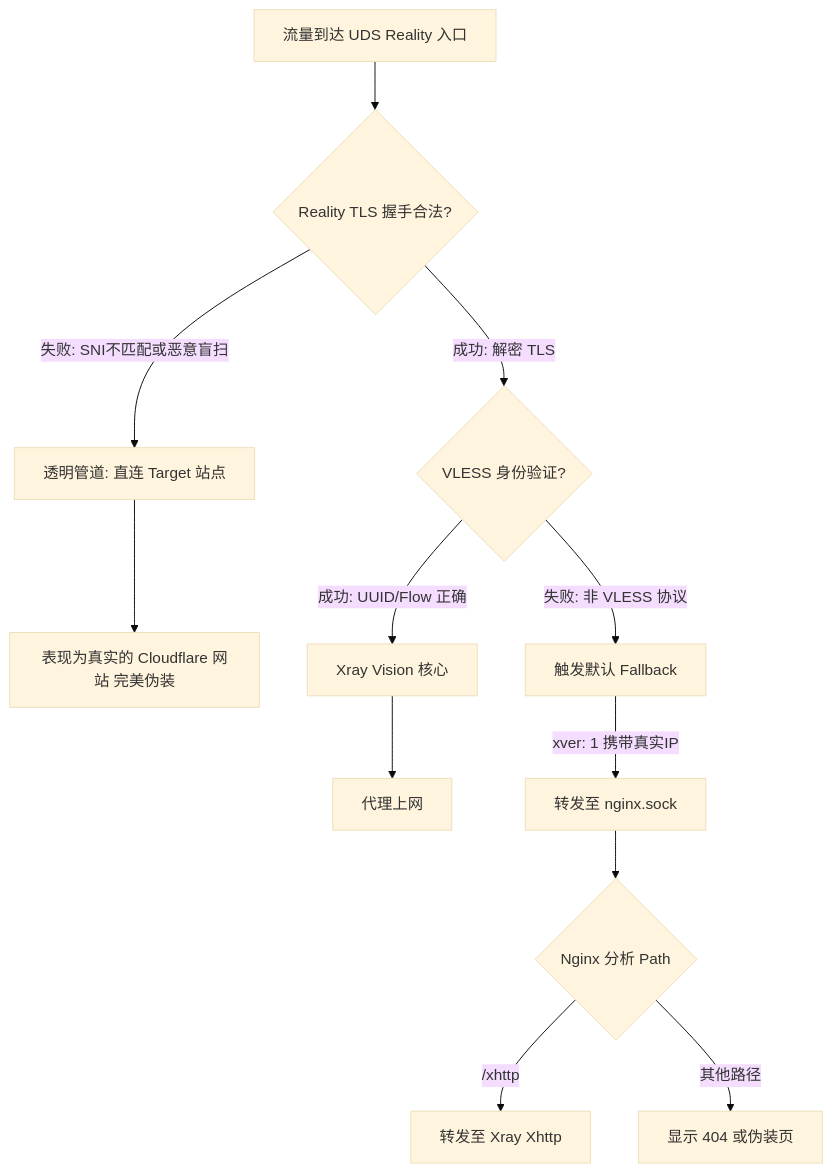
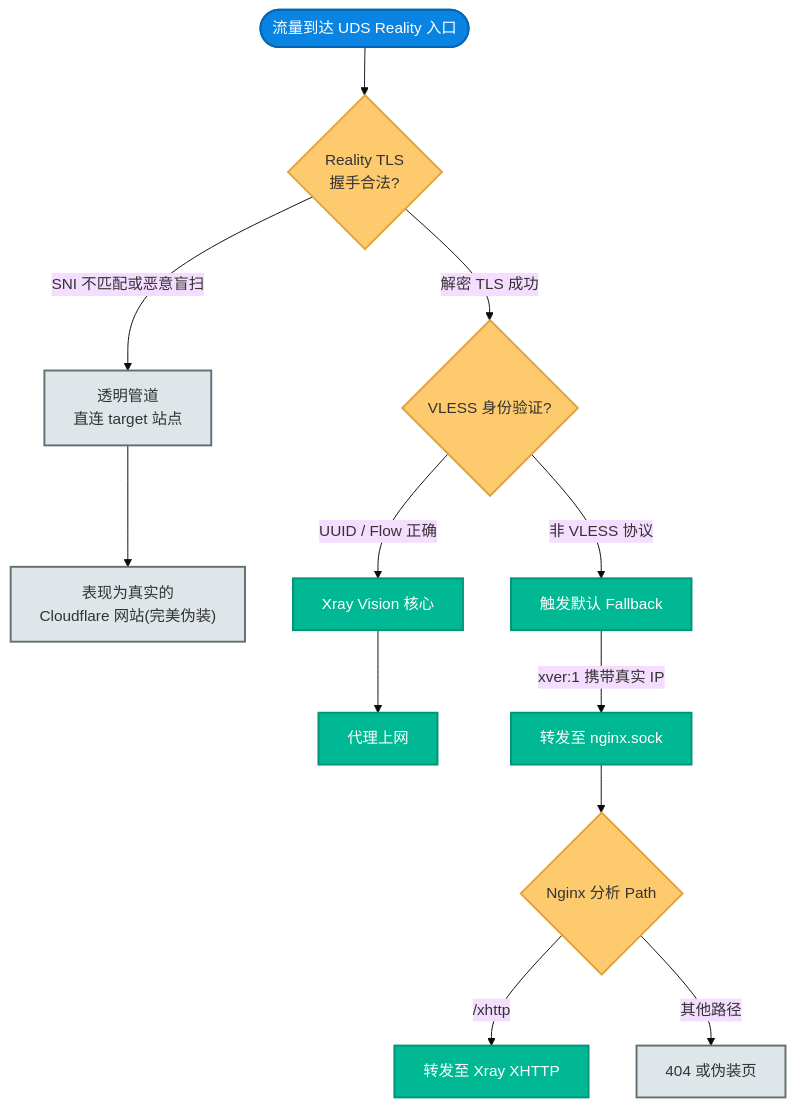
The third of 11 diagrams in docs/01-architecture-and-traffic.md (currycan/sb-xray), drawn with Mermaid (base theme) before and after one commit. The commit also changed other lines of this file and 5 other files, not shown here.

````diff
--- a/docs/01-architecture-and-traffic.md
+++ b/docs/01-architecture-and-traffic.md
@@ -146,20 +147,24 @@
 ```mermaid
-graph TD
-    Start["流量到达 UDS Reality 入口"] --> Handshake{"Reality TLS 握手合法?"}
+flowchart TD
+    classDef entry    fill:#0984e3,stroke:#0566b3,stroke-width:2px,color:#fff
+    classDef process  fill:#00b894,stroke:#009577,stroke-width:2px,color:#fff
+    classDef decision fill:#fdcb6e,stroke:#e0a33e,stroke-width:2px,color:#333
+    classDef external fill:#dfe6e9,stroke:#636e72,stroke-width:2px,color:#333
 
-    Handshake -- "失败: SNI不匹配或恶意盲扫" --> Bypass["透明管道: 直连 Target 站点"]
-    Bypass --> Reject["表现为真实的 Cloudflare 网站 完美伪装"]
+    Start(["流量到达 UDS Reality 入口"]):::entry --> Handshake{"Reality TLS<br/>握手合法?"}:::decision
 
-    Handshake -- "成功: 解密 TLS" --> CheckUser{"VLESS 身份验证?"}
+    Handshake -- "SNI 不匹配或恶意盲扫" --> Bypass["透明管道<br/>直连 target 站点"]:::external
+    Bypass --> Reject["表现为真实的<br/>Cloudflare 网站(完美伪装)"]:::external
 
-    CheckUser -- "成功: UUID/Flow 正确" --> Vision["Xray Vision 核心"]
-    Vision --> VLESS_Proxy["代理上网"]
+    Handshake -- "解密 TLS 成功" --> CheckUser{"VLESS 身份验证?"}:::decision
 
-    CheckUser -- "失败: 非 VLESS 协议" --> Fallback["触发默认 Fallback"]
+    CheckUser -- "UUID / Flow 正确" --> Vision["Xray Vision 核心"]:::process
+    Vision --> VLESS_Proxy["代理上网"]:::process
 
-    Fallback -- "xver: 1 携带真实IP" --> Nginx["转发至 nginx.sock"]
+    CheckUser -- "非 VLESS 协议" --> Fallback["触发默认 Fallback"]:::process
+    Fallback -- "xver:1 携带真实 IP" --> Nginx["转发至 nginx.sock"]:::process
 
-    Nginx --> Analyze{"Nginx 分析 Path"}
-    Analyze -- "/xhttp" --> XHTTP["转发至 Xray Xhttp"]
-    Analyze -- "其他路径" --> WebPage["显示 404 或伪装页"]
+    Nginx --> Analyze{"Nginx 分析 Path"}:::decision
+    Analyze -- "/xhttp" --> XHTTP["转发至 Xray XHTTP"]:::process
+    Analyze -- "其他路径" --> WebPage["404 或伪装页"]:::external
 ```
````
